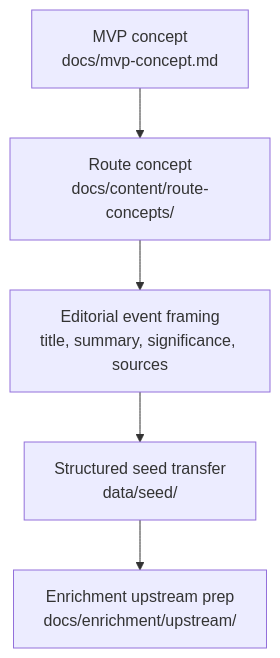
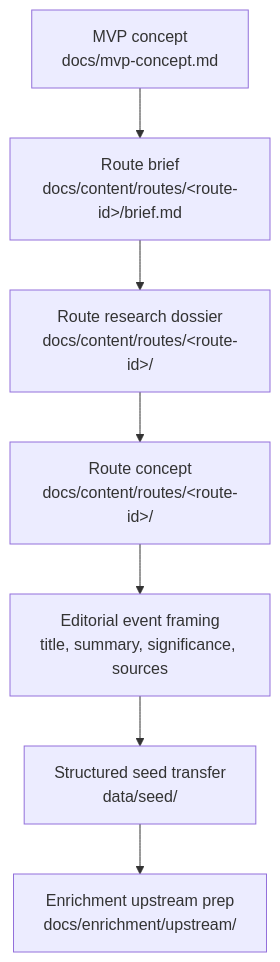
One commit to gititinyoursoul/soundatlas changed the diagram in docs/content/editorial-workflow.md. Above: the diagram before and after it, drawn with Mermaid. The commit also changed other lines of this file and 6 other files, not shown here.

Commit message:
docs(content): add route dossier workflow

````diff
--- a/docs/content/editorial-workflow.md
+++ b/docs/content/editorial-workflow.md
@@ -17,7 +17,9 @@
 ```mermaid
 flowchart TD
-  A["MVP concept<br/>docs/mvp-concept.md"] --> B["Route concept<br/>docs/content/route-concepts/"]
-  B --> C["Editorial event framing<br/>title, summary, significance, sources"]
-  C --> D["Structured seed transfer<br/>data/seed/"]
-  D --> E["Enrichment upstream prep<br/>docs/enrichment/upstream/"]
+  A["MVP concept<br/>docs/mvp-concept.md"] --> B["Route brief<br/>docs/content/routes/&lt;route-id&gt;/brief.md"]
+  B --> C["Route research dossier<br/>docs/content/routes/&lt;route-id&gt;/"]
+  C --> D["Route concept<br/>docs/content/routes/&lt;route-id&gt;/"]
+  D --> E["Editorial event framing<br/>title, summary, significance, sources"]
+  E --> F["Structured seed transfer<br/>data/seed/"]
+  F --> G["Enrichment upstream prep<br/>docs/enrichment/upstream/"]
 ```
````
